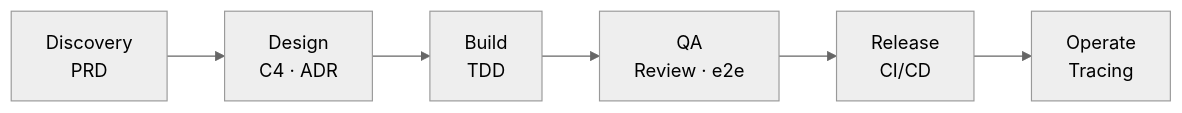
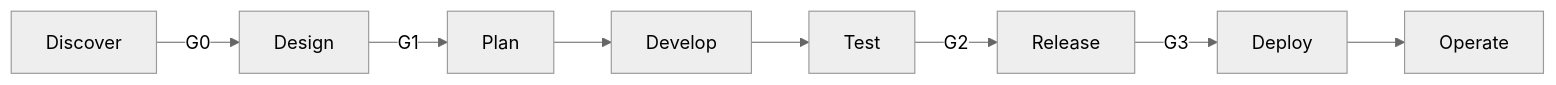
Before and after one commit to trinhvandat/trinhvandat: the diagram in README.md, drawn with Mermaid (neutral theme). The commit also changed other lines of this file, not shown here.

````diff
--- a/README.md
+++ b/README.md
@@ -65,4 +66,4 @@
 ```mermaid
 flowchart LR
-  A[Discovery<br/>PRD] --> B[Design<br/>C4 · ADR] --> C[Build<br/>TDD] --> D[QA<br/>Review · e2e] --> E[Release<br/>CI/CD] --> F[Operate<br/>Tracing]
+  A[Discover] -->|G0| B[Design] -->|G1| C[Plan] --> D[Develop] --> E[Test] -->|G2| F[Release] -->|G3| G[Deploy] --> H[Operate]
 ```
````
